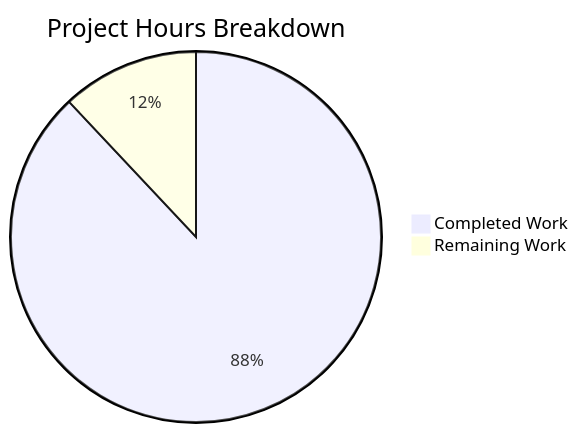
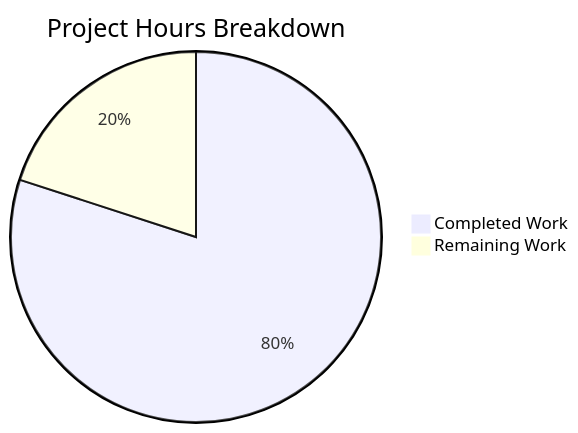
The diagram in blitzy/documentation/Project Guide.md (Sandeep01Kumar/29-dec-existing-projects-qa-test-3), drawn with Mermaid before and after one commit. The commit also changed other lines of this file, not shown here.

Commit message:
Adding Blitzy Project Guide: Project Status and Human Tasks Remaining

````diff
--- a/blitzy/documentation/Project Guide.md
+++ b/blitzy/documentation/Project Guide.md
@@ -106,5 +111,5 @@
 ```mermaid
 pie title Project Hours Breakdown
-    "Completed Work" : 22
-    "Remaining Work" : 3
+    "Completed Work" : 32
+    "Remaining Work" : 8
 ```
````
